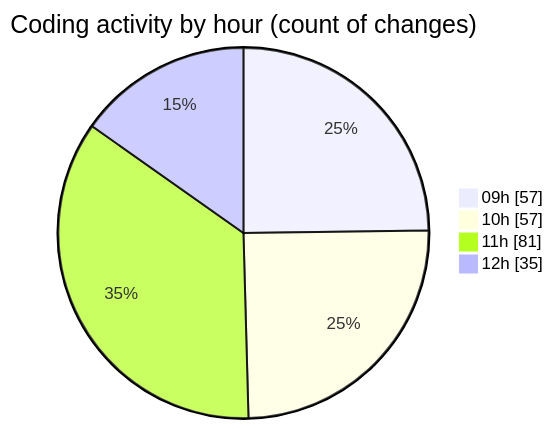
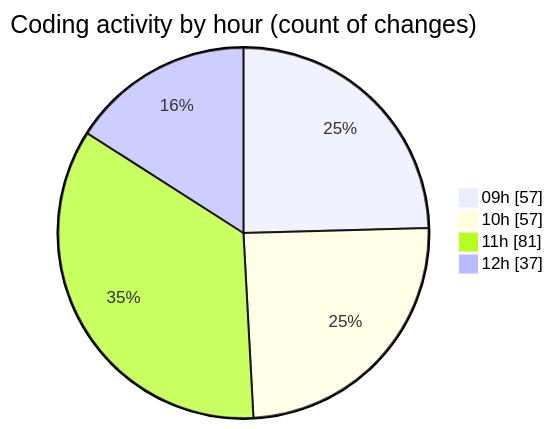
Before and after one commit to momahboobian/code-tracking: the second of 2 diagrams in 2025-09-19/cda/README.md, drawn with Mermaid. The commit also changed other lines of this file and 1 other file, not shown here.

````diff
--- a/2025-09-19/cda/README.md
+++ b/2025-09-19/cda/README.md
@@ -31,8 +31,8 @@
 ```mermaid
 pie showData
 title Coding activity by hour (count of changes)
 "09h" : 57
 "10h" : 57
 "11h" : 81
-"12h" : 35
+"12h" : 37
 ```
````
